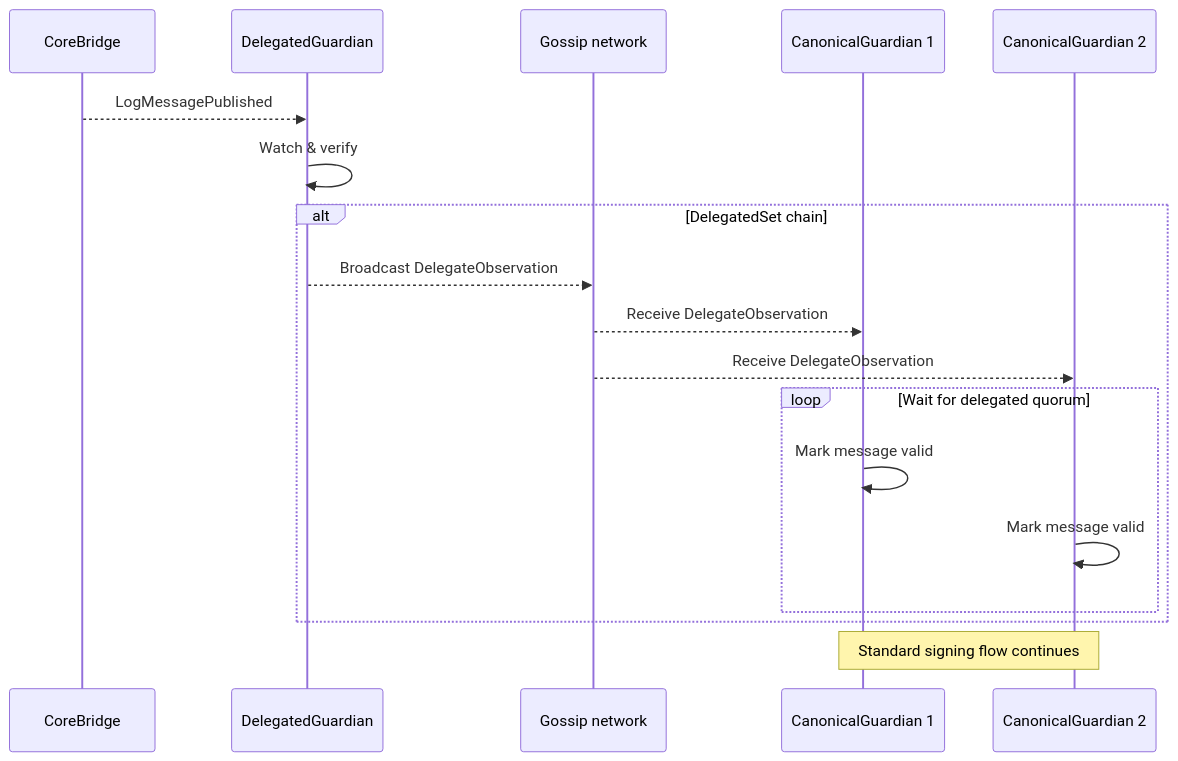
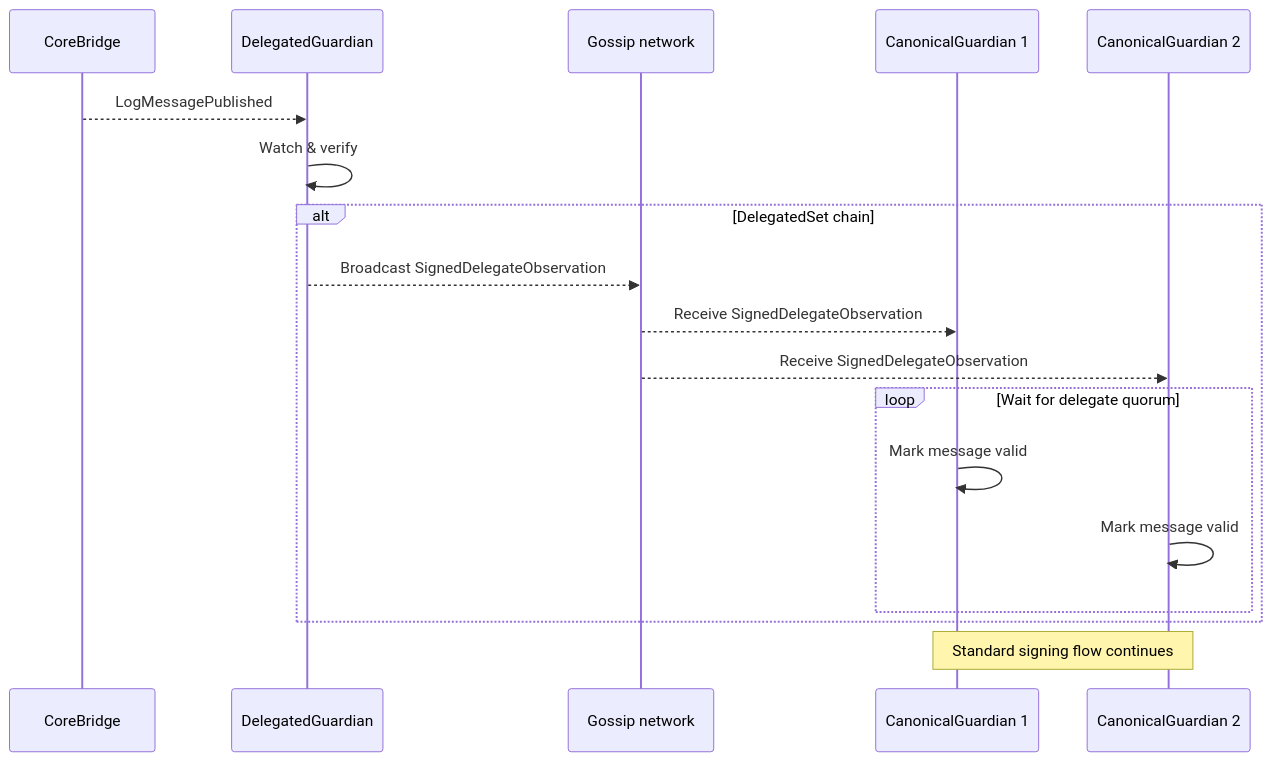
One commit to wormhole-foundation/wormhole-docs changed the diagram in docs/protocol/infrastructure/guardians.md. Above: the diagram before and after it, drawn with Mermaid. The commit also changed other lines of this file and 5 other files, not shown here.

````diff
--- a/docs/protocol/infrastructure/guardians.md
+++ b/docs/protocol/infrastructure/guardians.md
@@ -37,24 +37,24 @@
 ```mermaid
 sequenceDiagram
 
 participant CB as CoreBridge
 participant DG as DelegatedGuardian
 participant G as Gossip network
 participant CG as CanonicalGuardian 1
 participant CG2 as CanonicalGuardian 2
 
 CB-->>DG: LogMessagePublished
 DG->>DG: Watch & verify
 
 alt DelegatedSet chain
-  DG-->>G: Broadcast DelegateObservation
-  G-->>CG: Receive DelegateObservation
-  G-->>CG2: Receive DelegateObservation
-  loop Wait for delegated quorum
+  DG-->>G: Broadcast SignedDelegateObservation
+  G-->>CG: Receive SignedDelegateObservation
+  G-->>CG2: Receive SignedDelegateObservation
+  loop Wait for delegate quorum
     CG->>CG: Mark message valid
     CG2->>CG2: Mark message valid
   end
 end
 
 note over CG,CG2: Standard signing flow continues
 ```
````
